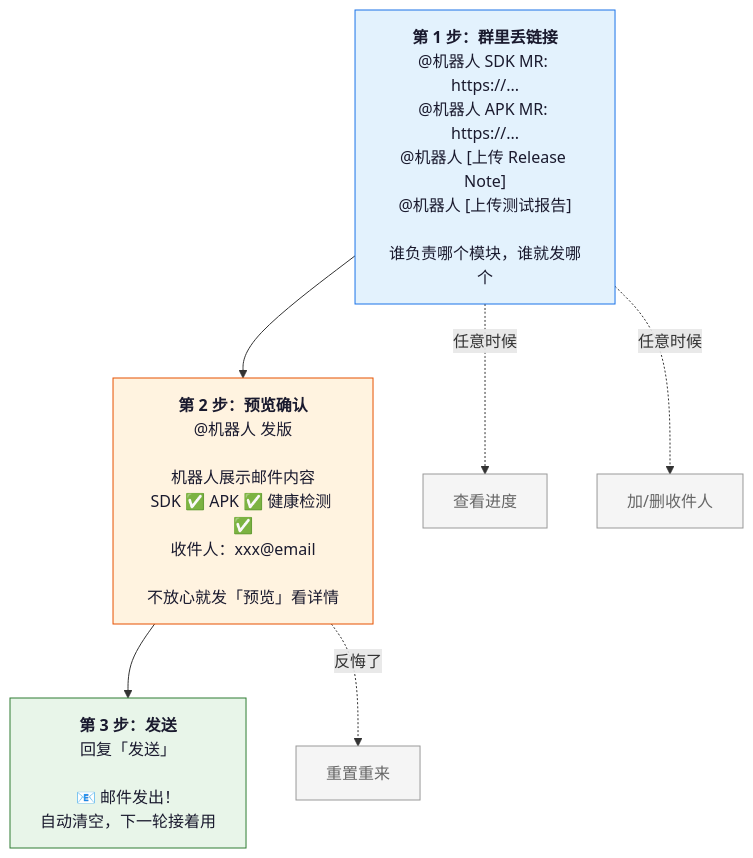
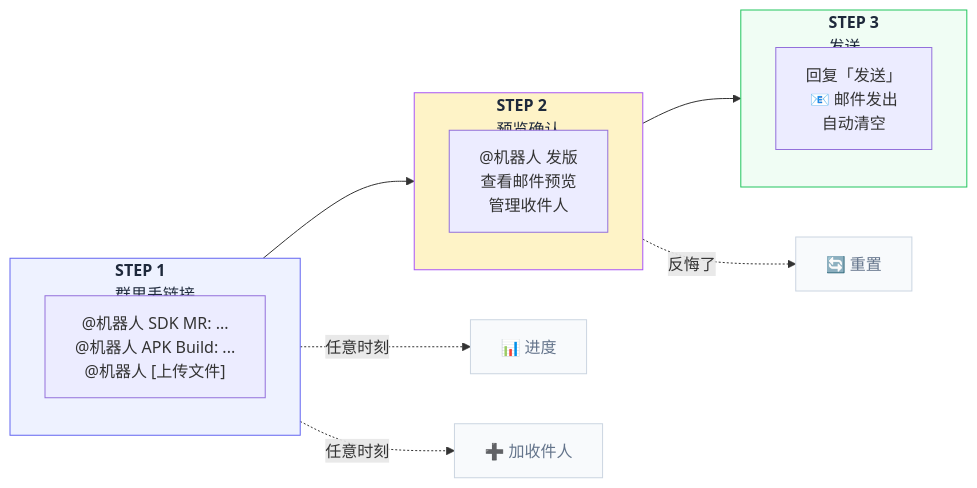
The first of 3 diagrams in README.md (macjacobs96/e0v-release-bot), drawn with Mermaid before and after one commit. The commit also changed other lines of this file, not shown here.

Commit message:
README: all-in-one product page style with Mermaid diagrams

````diff
--- a/README.md
+++ b/README.md
@@ -21,17 +22,25 @@
 ```mermaid
-flowchart TD
-    S1["<b>第 1 步：群里丢链接</b><br/>@机器人 SDK MR: https://...<br/>@机器人 APK MR: https://...<br/>@机器人 [上传 Release Note]<br/>@机器人 [上传测试报告]<br/><br/>谁负责哪个模块，谁就发哪个"] -->
-    S2["<b>第 2 步：预览确认</b><br/>@机器人 发版<br/><br/>机器人展示邮件内容<br/>SDK ✅ APK ✅ 健康检测 ✅<br/>收件人：xxx@email<br/><br/>不放心就发「预览」看详情"] -->
-    S3["<b>第 3 步：发送</b><br/>回复「发送」<br/><br/>📧 邮件发出！<br/>自动清空，下一轮接着用"]
+flowchart LR
+    subgraph S1["<b>STEP 1</b><br/>群里丢链接"]
+        A1["@机器人 SDK MR: ...<br/>@机器人 APK Build: ...<br/>@机器人 [上传文件]"]
+    end
+    subgraph S2["<b>STEP 2</b><br/>预览确认"]
+        A2["@机器人 发版<br/>查看邮件预览<br/>管理收件人"]
+    end
+    subgraph S3["<b>STEP 3</b><br/>发送"]
+        A3["回复「发送」<br/>📧 邮件发出<br/>自动清空"]
+    end
     
-    S1 -.->|"任意时候"| C1["查看进度"]
-    S1 -.->|"任意时候"| C2["加/删收件人"]
-    S2 -.->|"反悔了"| C3["重置重来"]
+    S1 --> S2 --> S3
     
-    style S1 fill:#e3f2fd,stroke:#1a73e8,color:#1a1a2e
-    style S2 fill:#fff3e0,stroke:#e65100,color:#1a1a2e
-    style S3 fill:#e8f5e9,stroke:#2e7d32,color:#1a1a2e
-    style C1 fill:#f5f5f5,stroke:#999,color:#666
-    style C2 fill:#f5f5f5,stroke:#999,color:#666
-    style C3 fill:#f5f5f5,stroke:#999,color:#666
+    S1 -.->|任意时刻| C1["📊 进度"]
+    S1 -.->|任意时刻| C2["➕ 加收件人"]
+    S2 -.->|反悔了| C3["🔄 重置"]
+    
+    style S1 fill:#eef2ff,stroke:#6366f1,color:#1e293b
+    style S2 fill:#fef3c7,stroke:#a855f7,color:#1e293b
+    style S3 fill:#f0fdf4,stroke:#22c55e,color:#1e293b
+    style C1 fill:#f8fafc,stroke:#cbd5e1,color:#64748b
+    style C2 fill:#f8fafc,stroke:#cbd5e1,color:#64748b
+    style C3 fill:#f8fafc,stroke:#cbd5e1,color:#64748b
 ```
````
